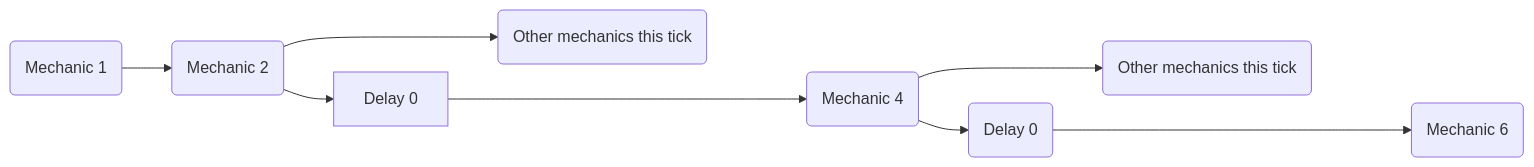
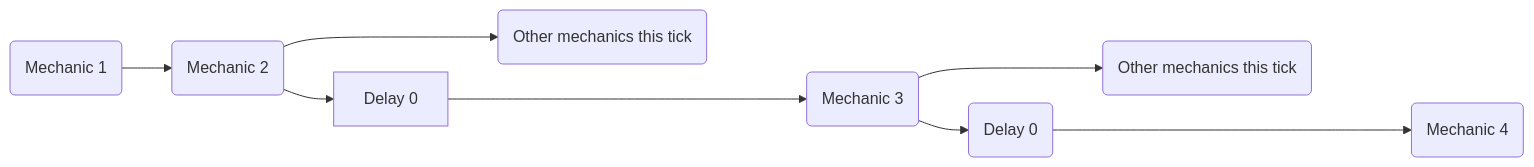
Before and after one commit to xiaoxianyu-office/mm: the second of 2 diagrams in Skills/Intratick-Scheduling.md, drawn with Mermaid. The commit also changed other lines of this file, not shown here.

````diff
--- a/Skills/Intratick-Scheduling.md
+++ b/Skills/Intratick-Scheduling.md
@@ -36,10 +38,10 @@
 ```mermaid
 flowchart LR
     A(Mechanic 1) --> B(Mechanic 2)
     B --> C[Delay 0]
     B ---> D(Other mechanics this tick)
-    C ----> F(Mechanic 4)
+    C ----> F(Mechanic 3)
     F --> G(Delay 0)
     F ---> H(Other mechanics this tick)
-    G ----> L(Mechanic 6)
+    G ----> L(Mechanic 4)
 ```
````
